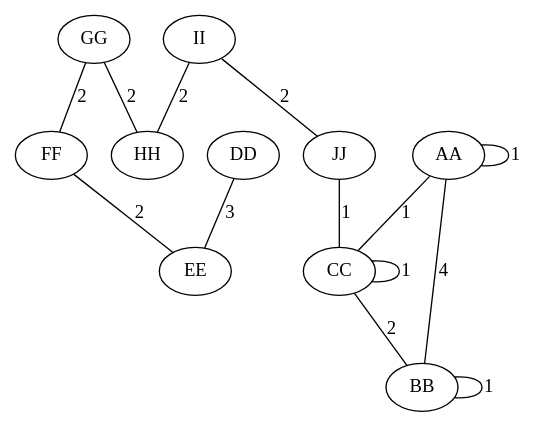
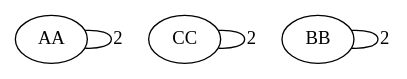
The diagram in TP2/target/classes/graph.dot (L-zed/TP2_AnalyseStatique), drawn with Graphviz before and after one commit. The commit also changed 6 other files, not shown here.

```diff
--- a/TP2/target/classes/graph.dot
+++ b/TP2/target/classes/graph.dot
@@ -1,16 +1,6 @@
 digraph "graph" {
 edge[dir=none]
-"II"->"HH" [ label="2" ]
-"II"->"JJ" [ label="2" ]
-"GG"->"FF" [ label="2" ]
-"GG"->"HH" [ label="2" ]
-"AA"->"AA" [ label="1" ]
-"AA"->"BB" [ label="4" ]
-"AA"->"CC" [ label="1" ]
-"FF"->"EE" [ label="2" ]
-"DD"->"EE" [ label="3" ]
-"CC"->"BB" [ label="2" ]
-"CC"->"CC" [ label="1" ]
-"JJ"->"CC" [ label="1" ]
-"BB"->"BB" [ label="1" ]
+"AA"->"AA" [ label="2" ]
+"CC"->"CC" [ label="2" ]
+"BB"->"BB" [ label="2" ]
 }
```
